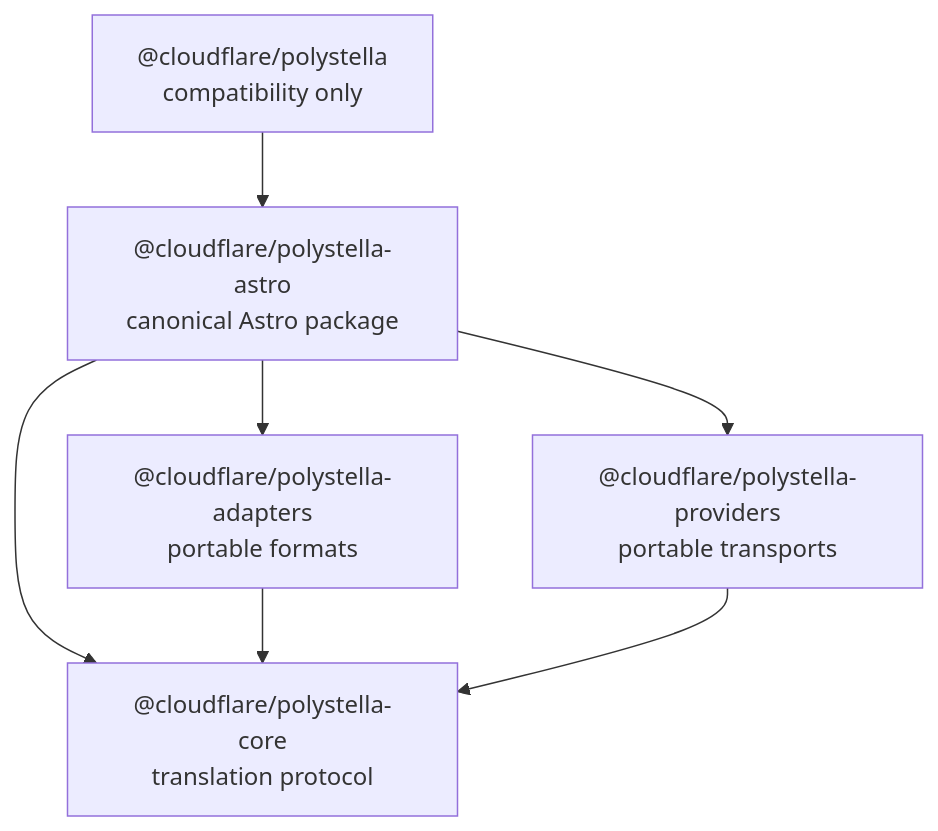
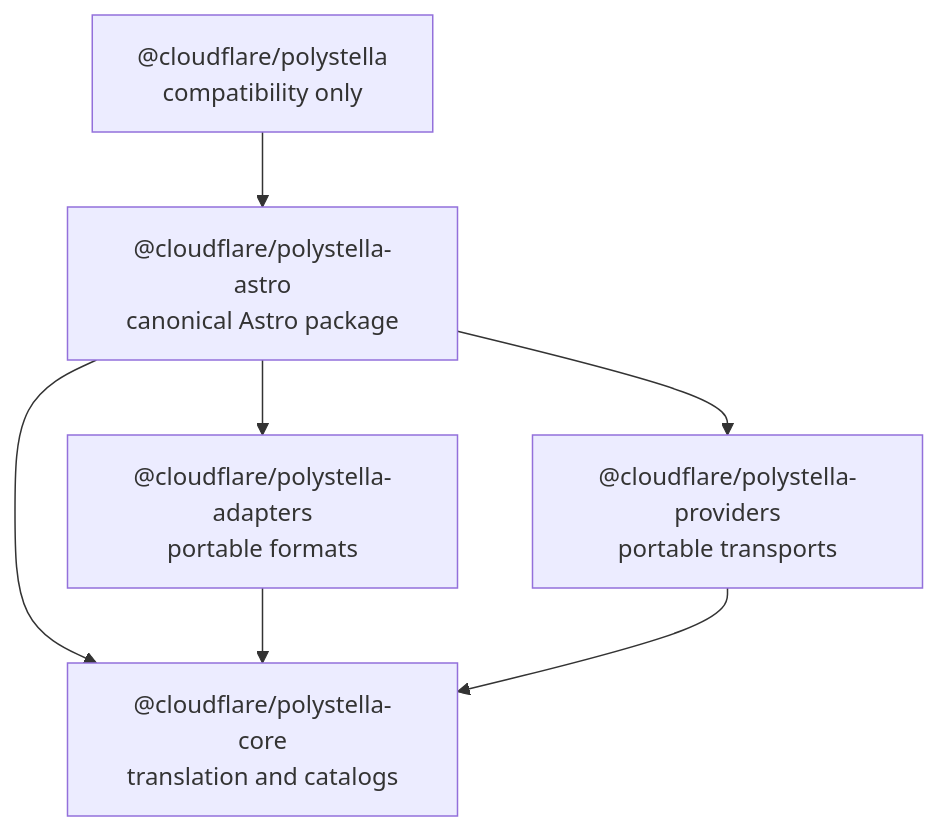
The first of 3 diagrams in PACKAGE_ARCHITECTURE.md (cloudflare/polystella), drawn with Mermaid before and after one commit. The commit also changed other lines of this file and 21 other files, not shown here.

First line of the commit message:
chore(core): expose portable catalog runtime and AI translation as core subpaths

````diff
--- a/PACKAGE_ARCHITECTURE.md
+++ b/PACKAGE_ARCHITECTURE.md
@@ -14,9 +14,9 @@
 ```mermaid
 flowchart TD
   compat["@cloudflare/polystella<br/>compatibility only"] --> astro["@cloudflare/polystella-astro<br/>canonical Astro package"]
   astro --> adapters["@cloudflare/polystella-adapters<br/>portable formats"]
   astro --> providers["@cloudflare/polystella-providers<br/>portable transports"]
-  astro --> core["@cloudflare/polystella-core<br/>translation protocol"]
+  astro --> core["@cloudflare/polystella-core<br/>translation and catalogs"]
   adapters --> core
   providers --> core
 ```
````
